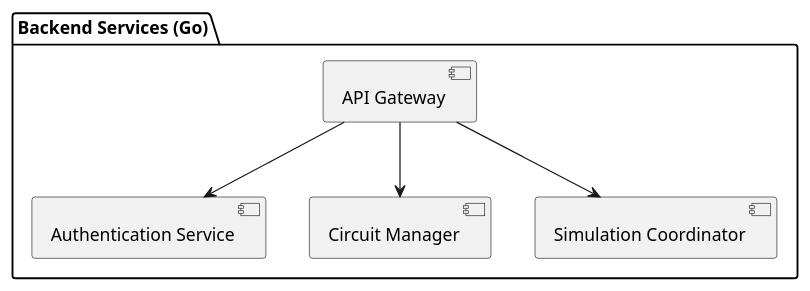
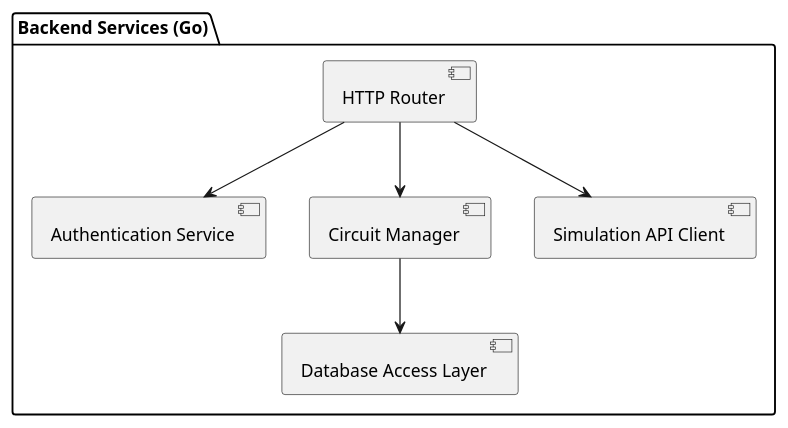
The sixth of 11 diagrams in docs/high_level_architecture.md (snark87/vibe-coding-experiment), drawn with PlantUML before and after one commit. The commit also changed other lines of this file and 1 other file, not shown here.

First line of the commit message:
docs: Address review comments in high-level architecture document

````diff
--- a/docs/high_level_architecture.md
+++ b/docs/high_level_architecture.md
@@ -214,14 +266,16 @@
 ```puml
 @startuml
 package "Backend Services (Go)" {
-  [API Gateway] as API
+  [HTTP Router] as Router
   [Authentication Service] as Auth
   [Circuit Manager] as CircuitMgr
-  [Simulation Coordinator] as SimCoord
+  [Simulation API Client] as SimClient
+  [Database Access Layer] as DAL
   
-  API --> Auth
-  API --> CircuitMgr
-  API --> SimCoord
+  Router --> Auth
+  Router --> CircuitMgr
+  Router --> SimClient
+  CircuitMgr --> DAL
 }
 @enduml
 ```
````
